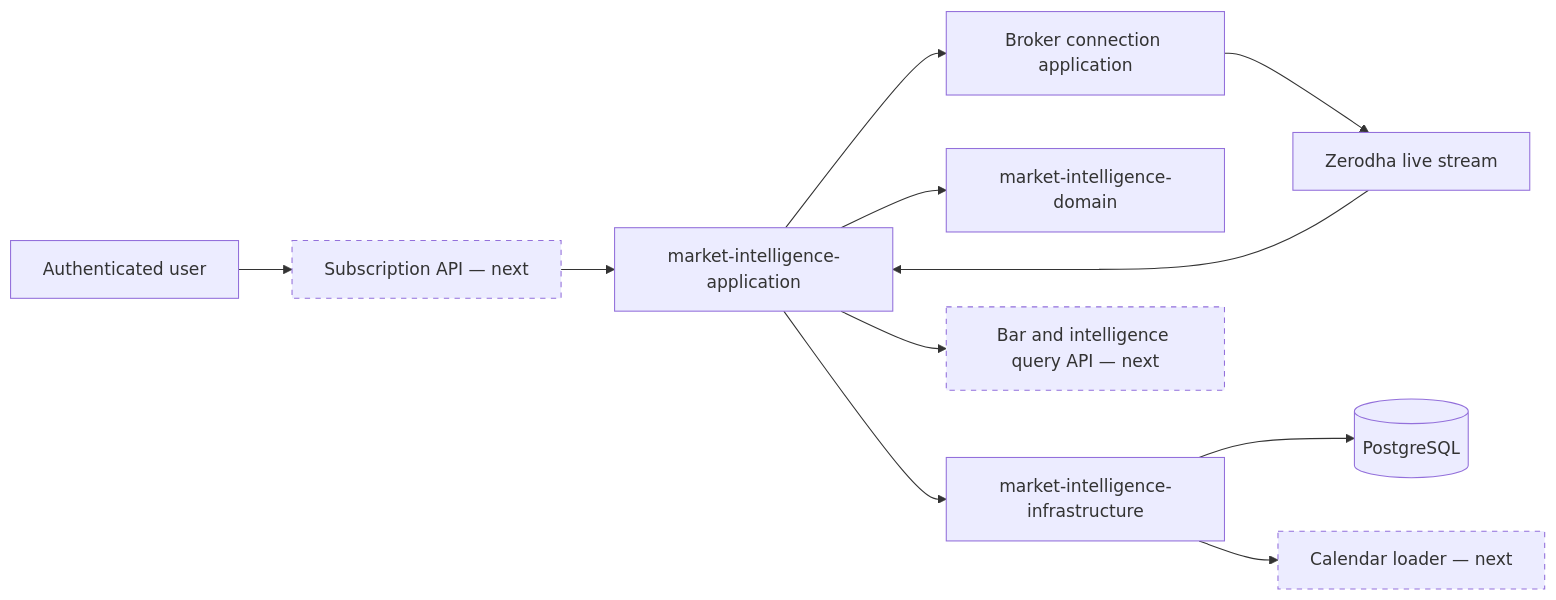
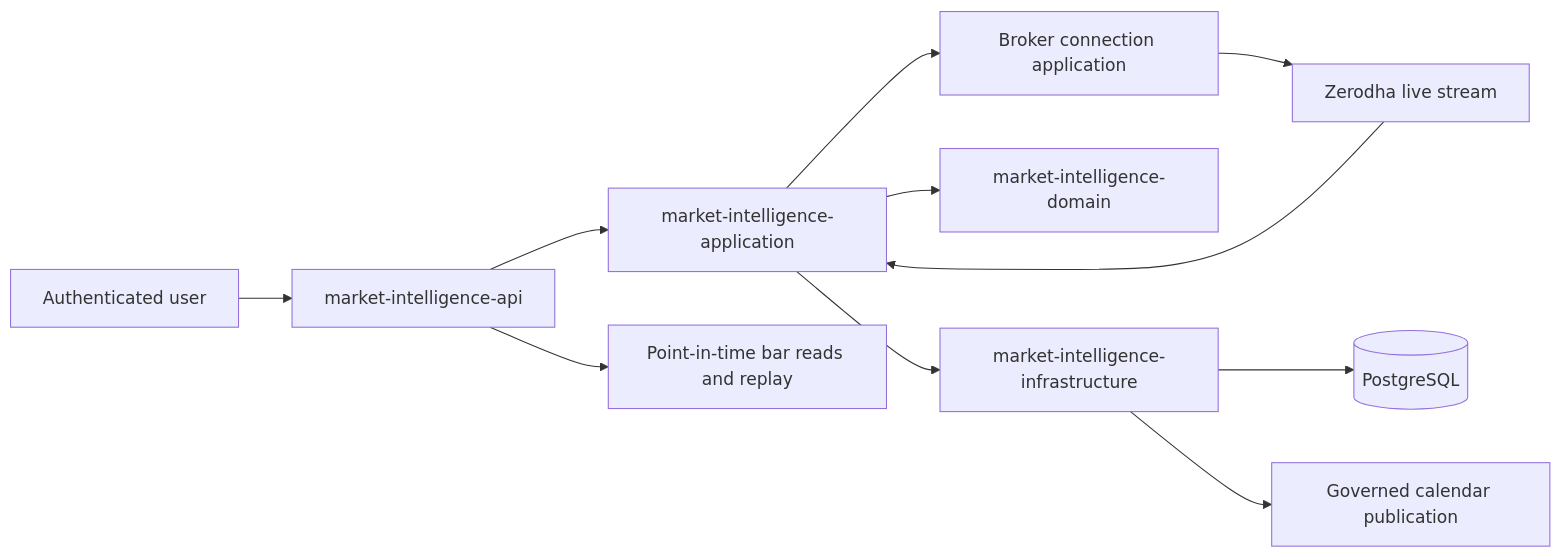
The first of 10 diagrams in docs/architecture/core-ai/market-intelligence-user-flows-and-sequences.md (satyapp/predictiveEdge), drawn with Mermaid before and after one commit. The commit also changed other lines of this file and 29 other files, not shown here.

First line of the commit message:
point-in-time market-bar read and replay API committed

````diff
--- a/docs/architecture/core-ai/market-intelligence-user-flows-and-sequences.md
+++ b/docs/architecture/core-ai/market-intelligence-user-flows-and-sequences.md
@@ -7,16 +7,14 @@
 ```mermaid
 flowchart LR
-    U["Authenticated user"] --> API["Subscription API — next"]
+    U["Authenticated user"] --> API["market-intelligence-api"]
     API --> APP["market-intelligence-application"]
     APP --> BROKER["Broker connection application"]
     BROKER --> Z["Zerodha live stream"]
     Z --> APP
     APP --> DOMAIN["market-intelligence-domain"]
     APP --> INFRA["market-intelligence-infrastructure"]
     INFRA --> DB[("PostgreSQL")]
-    INFRA --> CAL["Calendar loader — next"]
-    APP --> READ["Bar and intelligence query API — next"]
+    INFRA --> CAL["Governed calendar publication"]
+    API --> READ["Point-in-time bar reads and replay"]
 
-    classDef next stroke-dasharray: 5 5;
-    class API,CAL,READ next;
 ```
````
